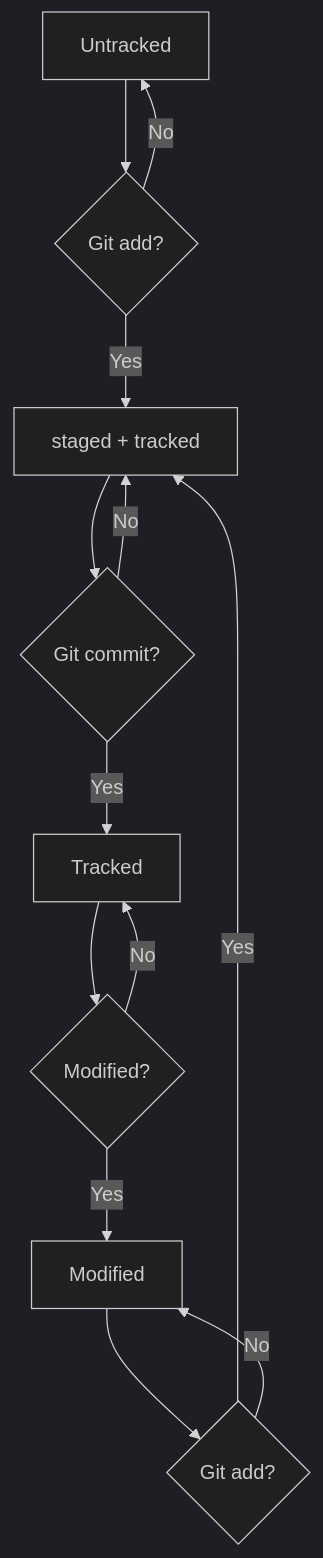
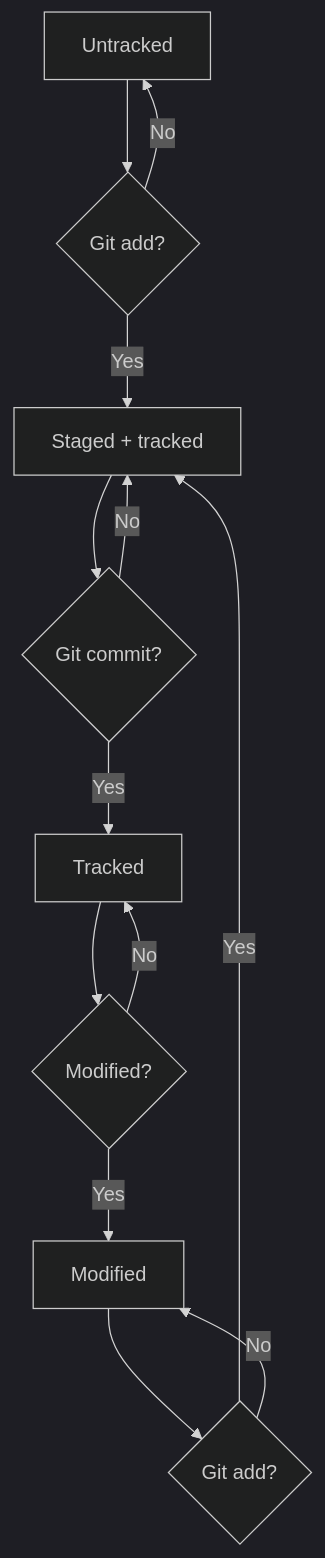
Before and after one commit to VyatchaninaNadezhda/test-repository: the diagram in README.md, drawn with Mermaid (dark theme). The commit also changed other lines of this file, not shown here.

Commit message:
Добавлен заголовок в блок о статусах файлов в Git

````diff
--- a/README.md
+++ b/README.md
@@ -43,15 +44,15 @@
 ```mermaid
 graph TD;
       A[Untracked] --> B{Git add?}
-      B -- Yes --> C[staged + tracked]
+      B -- Yes --> C[Staged + tracked]
       B -- No --> A
       C --> D{Git commit?}
       D -- Yes --> E[Tracked]
       D -- No -->  C
       E --> F{Modified?}
       F -- Yes --> G[Modified]
       F -- No --> E
       G --> H{Git add?}
       H -- Yes --> C
       H -- No --> G
 ```
````
